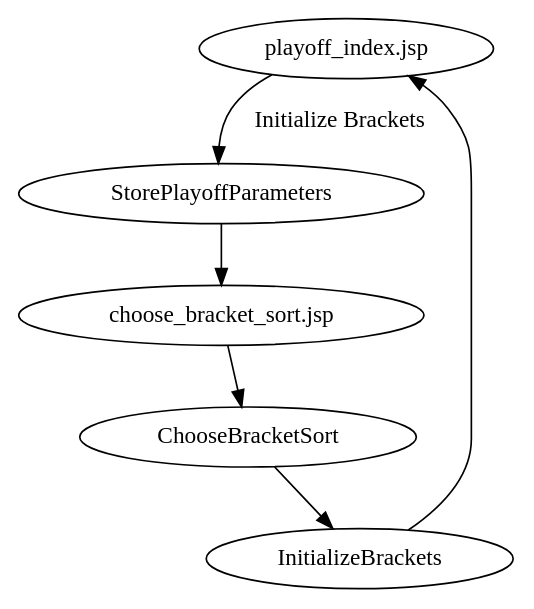
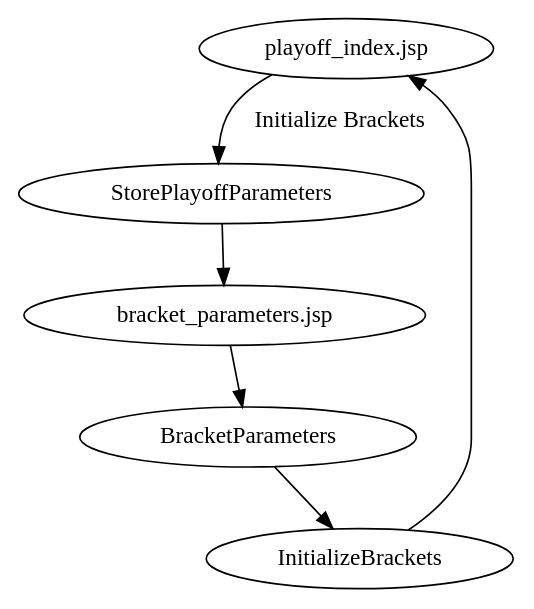
Before and after one commit to jpschewe/fll-sw: the diagram in scoring/docs/workflows/initialize-playoff-bracket.dot, drawn with Graphviz. The commit also changed 7 other files, not shown here.

First line of the commit message:
Require the user to specify the tables used for a playoff bracket at initialization time

```diff
--- a/scoring/docs/workflows/initialize-playoff-bracket.dot
+++ b/scoring/docs/workflows/initialize-playoff-bracket.dot
@@ -1,12 +1,12 @@
 digraph initialize_playoff_bracket {
 
 "playoff_index.jsp" -> StorePlayoffParameters [label="Initialize Brackets"];
 
-StorePlayoffParameters -> "choose_bracket_sort.jsp";
+StorePlayoffParameters -> "bracket_parameters.jsp";
 
-"choose_bracket_sort.jsp" -> ChooseBracketSort;
+"bracket_parameters.jsp" -> BracketParameters;
 
-ChooseBracketSort -> InitializeBrackets;
+BracketParameters -> InitializeBrackets;
 
 InitializeBrackets -> "playoff_index.jsp";
 }
```
